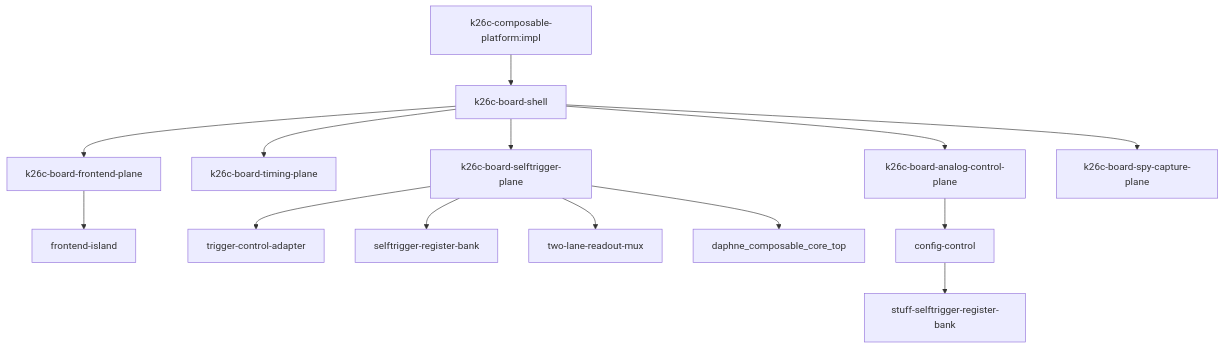
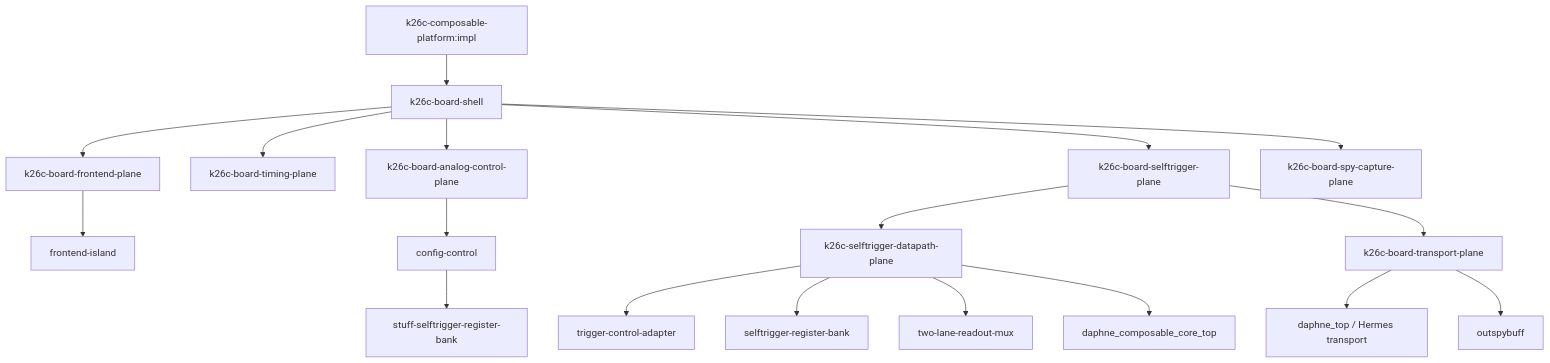
Before and after one commit to DUNE-DAQ/daphne-firmware: the second of 2 diagrams in docs/native-impl-architecture.md, drawn with Mermaid. The commit also changed other lines of this file and 12 other files, not shown here.

Commit message:
Split selftrigger plane into datapath and transport

````diff
--- a/docs/native-impl-architecture.md
+++ b/docs/native-impl-architecture.md
@@ -48,16 +48,20 @@
 ```mermaid
 flowchart TD
   P[k26c-composable-platform:impl] --> S[k26c-board-shell]
   S --> FE[k26c-board-frontend-plane]
   S --> TM[k26c-board-timing-plane]
   S --> AN[k26c-board-analog-control-plane]
   S --> ST[k26c-board-selftrigger-plane]
   S --> SP[k26c-board-spy-capture-plane]
   FE --> FI[frontend-island]
-  ST --> CT[trigger-control-adapter]
-  ST --> RB[selftrigger-register-bank]
-  ST --> MX[two-lane-readout-mux]
-  ST --> DP[daphne_composable_core_top]
+  ST --> STD[k26c-selftrigger-datapath-plane]
+  ST --> STE[k26c-board-transport-plane]
+  STD --> CT[trigger-control-adapter]
+  STD --> RB[selftrigger-register-bank]
+  STD --> MX[two-lane-readout-mux]
+  STD --> DP[daphne_composable_core_top]
+  STE --> HT[daphne_top / Hermes transport]
+  STE --> SB[outspybuff]
   AN --> CC[config-control]
   CC --> SRB[stuff-selftrigger-register-bank]
 ```
````
